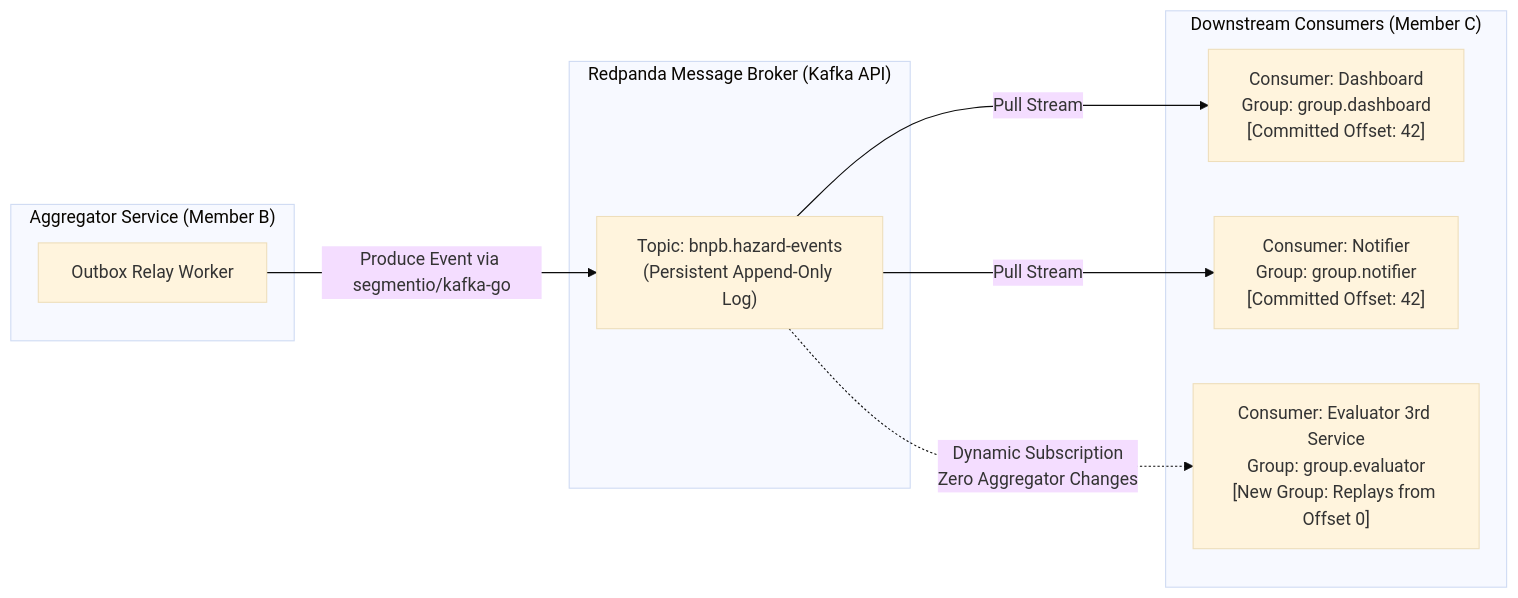
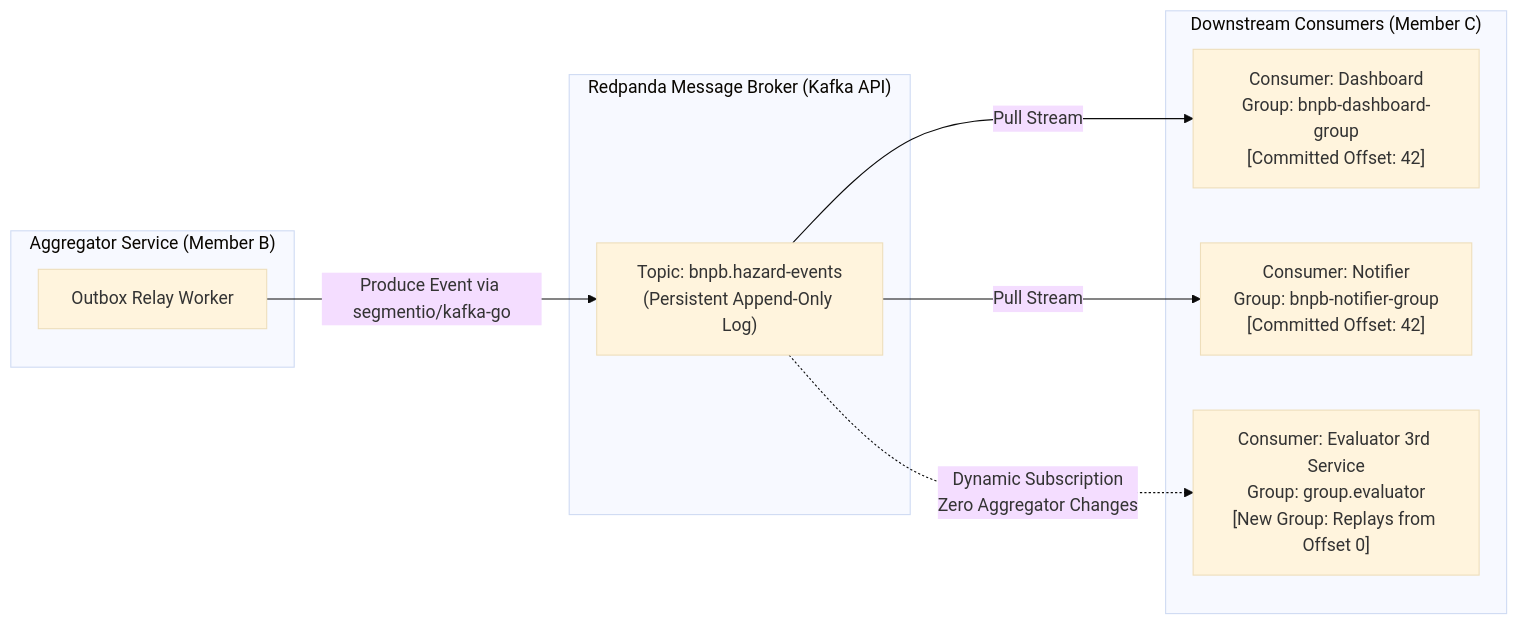
The diagram in docs/adr/002-message-broker-redpanda.md (Darsua/AAT), drawn with Mermaid (base theme) before and after one commit. The commit also changed other lines of this file and 2 other files, not shown here.

Commit message:
docs(adr): align ADR 001-003 with the implemented code
- 001: container count now matches docker-compose.yml (10 services)
- 002: consumer group names match services/consumers defaults
- 003: embed the actual 001_init.sql and describe the real three-phase
  lease-based outbox relay (key=hazard_id, quarantine, correlation header)

````diff
--- a/docs/adr/002-message-broker-redpanda.md
+++ b/docs/adr/002-message-broker-redpanda.md
@@ -26,21 +26,21 @@
 ```mermaid
 flowchart LR
     subgraph AggregatorService["Aggregator Service (Member B)"]
         OutboxWorker["Outbox Relay Worker"]
     end
 
     subgraph RedpandaBroker["Redpanda Message Broker (Kafka API)"]
         Topic["Topic: bnpb.hazard-events\n(Persistent Append-Only Log)"]
     end
 
     subgraph ConsumersLayer["Downstream Consumers (Member C)"]
-        CG1["Consumer: Dashboard\nGroup: group.dashboard\n[Committed Offset: 42]"]
-        CG2["Consumer: Notifier\nGroup: group.notifier\n[Committed Offset: 42]"]
+        CG1["Consumer: Dashboard\nGroup: bnpb-dashboard-group\n[Committed Offset: 42]"]
+        CG2["Consumer: Notifier\nGroup: bnpb-notifier-group\n[Committed Offset: 42]"]
         CG3["Consumer: Evaluator 3rd Service\nGroup: group.evaluator\n[New Group: Replays from Offset 0]"]
     end
 
     OutboxWorker -->|Produce Event via segmentio/kafka-go| Topic
     Topic -->|Pull Stream| CG1
     Topic -->|Pull Stream| CG2
     Topic -.->|Dynamic Subscription\nZero Aggregator Changes| CG3
 ```
````
